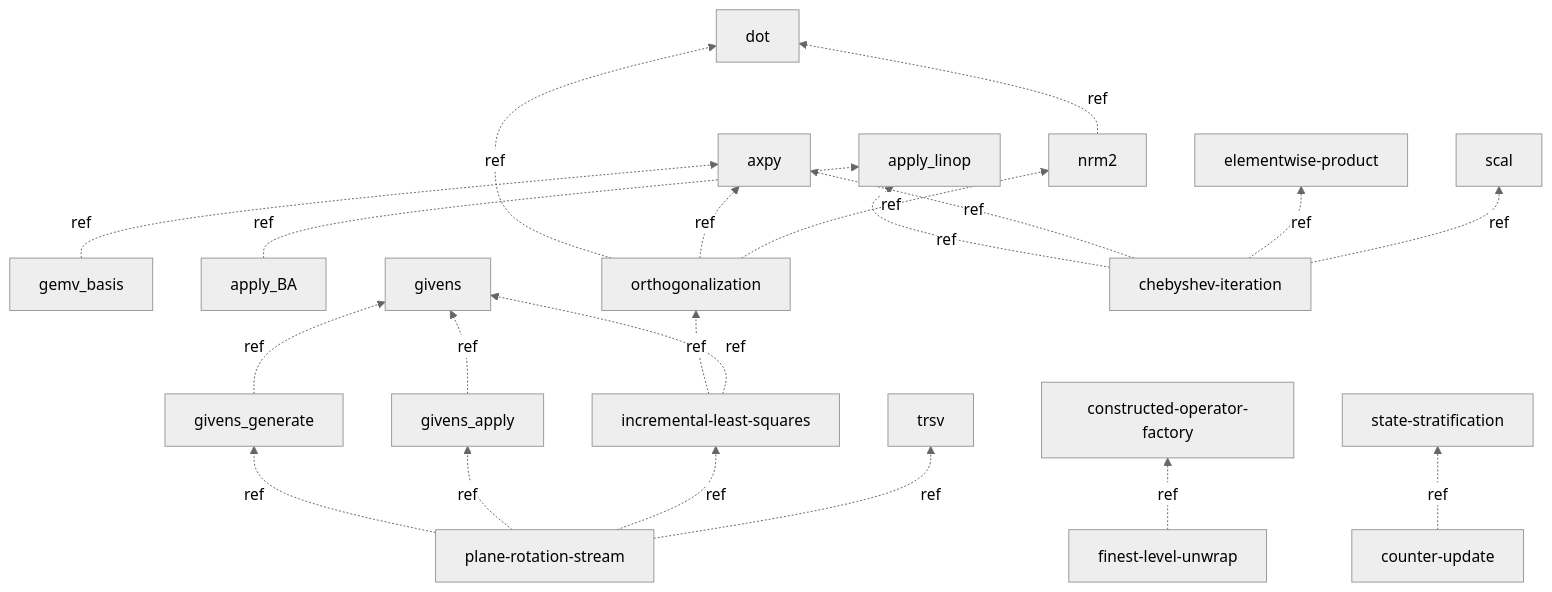
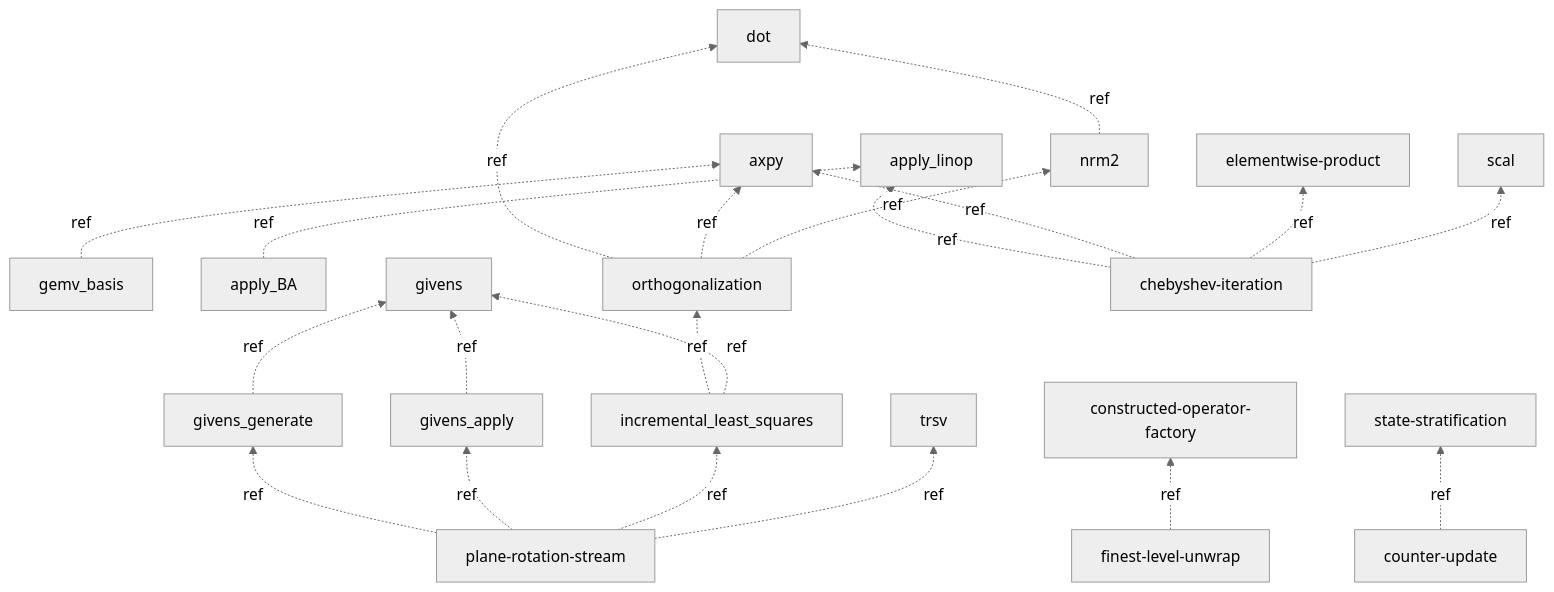
Before and after one commit to crutcher/palace_whiteroom: the second of 3 diagrams in book/src/concepts/dependency-map.md, drawn with Mermaid (neutral theme). The commit also changed other lines of this file and 211 other files, not shown here.

````diff
--- a/book/src/concepts/dependency-map.md
+++ b/book/src/concepts/dependency-map.md
@@ -107,23 +107,23 @@
 ```mermaid
 graph BT
   nrm2 -.->|ref| dot
   gemv_basis -.->|ref| axpy
   apply_BA -.->|ref| apply_linop
   givens_apply -.->|ref| givens
   givens_generate -.->|ref| givens
   orthogonalization -.->|ref| dot
   orthogonalization -.->|ref| axpy
   orthogonalization -.->|ref| nrm2
-  incremental-least-squares -.->|ref| orthogonalization
-  incremental-least-squares -.->|ref| givens
+  incremental_least_squares -.->|ref| orthogonalization
+  incremental_least_squares -.->|ref| givens
   plane-rotation-stream -.->|ref| givens_generate
   plane-rotation-stream -.->|ref| givens_apply
-  plane-rotation-stream -.->|ref| incremental-least-squares
+  plane-rotation-stream -.->|ref| incremental_least_squares
   plane-rotation-stream -.->|ref| trsv
   chebyshev-iteration -.->|ref| apply_linop
   chebyshev-iteration -.->|ref| axpy
   chebyshev-iteration -.->|ref| elementwise-product
   chebyshev-iteration -.->|ref| scal
   finest-level-unwrap -.->|ref| constructed-operator-factory
   counter-update -.->|ref| state-stratification
 ```
````
